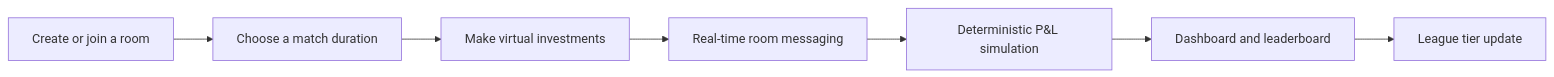
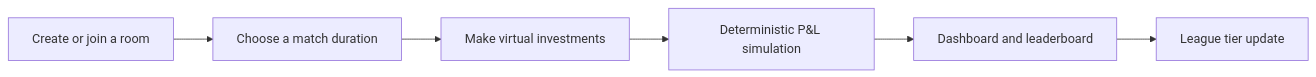
One commit to Nishchal343/TradeLeague changed the diagram in README.md. Above: the diagram before and after it, drawn with Mermaid. The commit also changed other lines of this file, not shown here.

````diff
--- a/README.md
+++ b/README.md
@@ -21,9 +20,8 @@
 ```mermaid
 flowchart LR
     A[Create or join a room] --> B[Choose a match duration]
     B --> C[Make virtual investments]
-    C --> D[Real-time room messaging]
-    D --> E[Deterministic P&L simulation]
-    E --> F[Dashboard and leaderboard]
-    F --> G[League tier update]
+    C --> D[Deterministic P&L simulation]
+    D --> E[Dashboard and leaderboard]
+    E --> F[League tier update]
 ```
````
